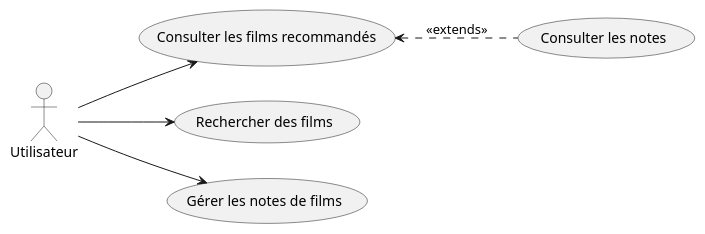
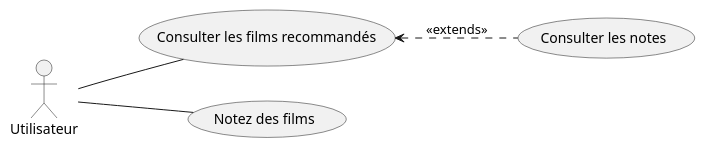
Before and after one commit to LeVraisPeg/backlog-repo: the diagram in UML/diag_usecase/user/diag_utilisateur.puml, drawn with PlantUML. The commit also changed 13 other files, not shown here.

Commit message:
Correction des erreurs sur les daigramme de cas d'utilisation

```diff
--- a/UML/diag_usecase/user/diag_utilisateur.puml
+++ b/UML/diag_usecase/user/diag_utilisateur.puml
@@ -1,16 +1,14 @@
 @startuml
 left to right direction
 actor Utilisateur as User
 
 usecase "Consulter les films recommandés" as consultMovies
 usecase "Consulter les notes" as consultRatings
-usecase "Rechercher des films" as searchMovies
-usecase "Gérer les notes de films" as manageMovies
+usecase "Notez des films" as manageMovies
 
-User --> consultMovies
-User --> manageMovies
-User --> searchMovies
+User -- consultMovies
+User -- manageMovies
 
 consultMovies <.. consultRatings : <<extends>>
 
 @end uml
```
